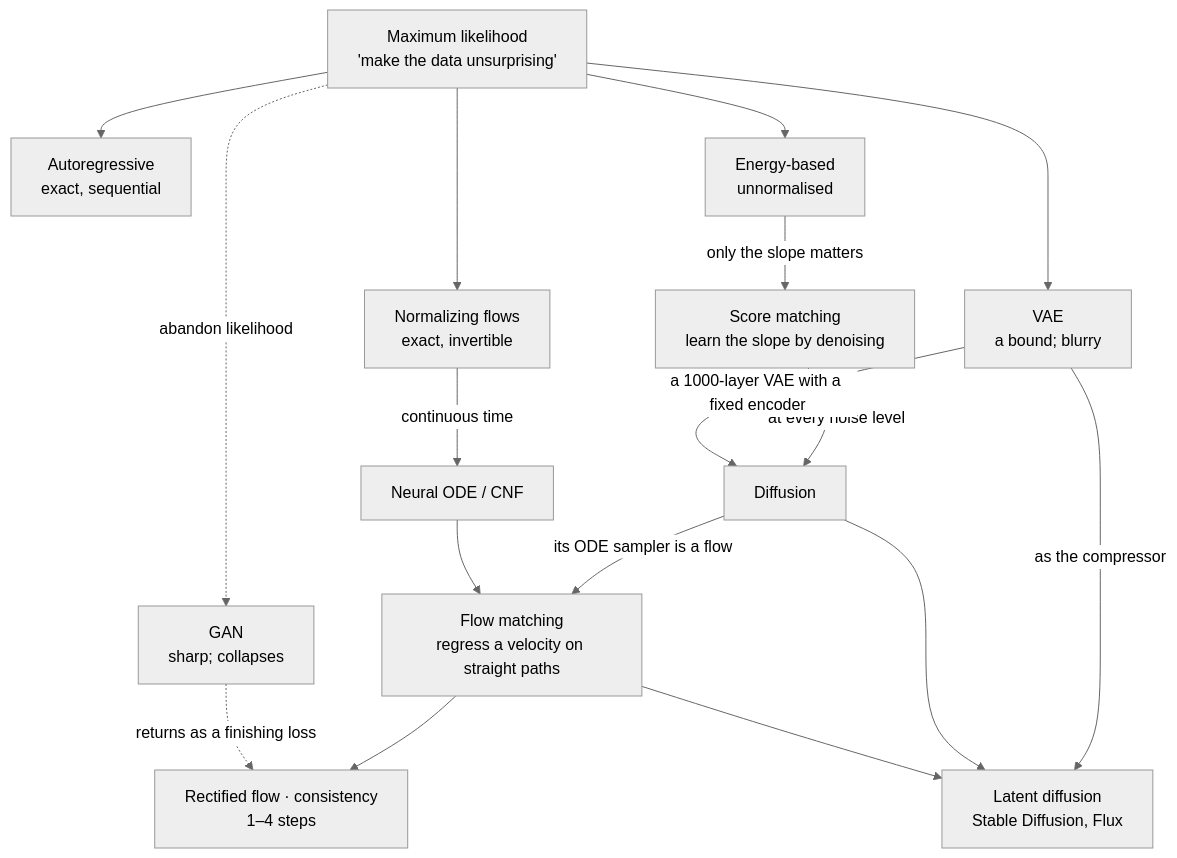
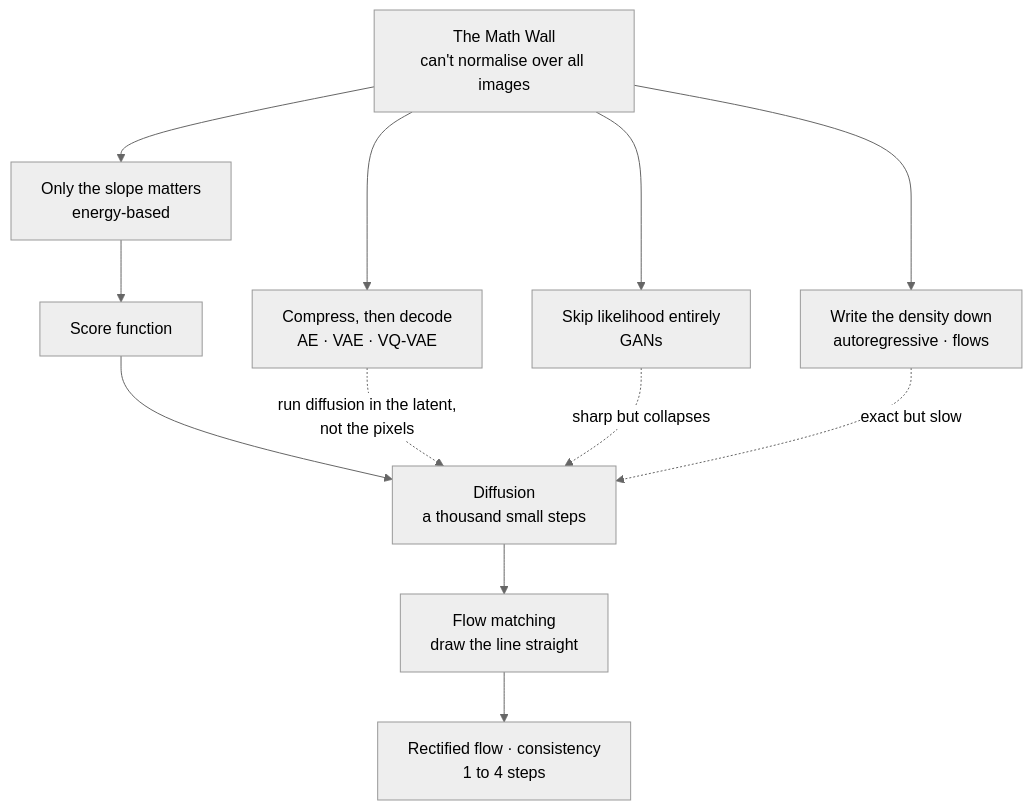
The diagram in math -> machine/Generative Models.md (skrisshnaswamy/mnemosyne), drawn with Mermaid (neutral theme) before and after one commit. The commit also changed other lines of this file and 189 other files, not shown here.

````diff
--- a/math -> machine/Generative Models.md
+++ b/math -> machine/Generative Models.md
@@ -172,18 +248,15 @@
 ```mermaid
 flowchart TD
-  ML["Maximum likelihood<br/>'make the data unsurprising'"] --> AR["Autoregressive<br/>exact, sequential"]
-  ML --> NF["Normalizing flows<br/>exact, invertible"]
-  ML --> VAE["VAE<br/>a bound; blurry"]
-  ML --> EBM["Energy-based<br/>unnormalised"]
-  ML -.->|"abandon likelihood"| GAN["GAN<br/>sharp; collapses"]
-  EBM -->|"only the slope matters"| SC["Score matching<br/>learn the slope by denoising"]
-  SC -->|"at every noise level"| DIFF["Diffusion"]
-  VAE -->|"a 1000-layer VAE with a fixed encoder"| DIFF
-  DIFF -->|"its ODE sampler is a flow"| FM["Flow matching<br/>regress a velocity on straight paths"]
-  NF -->|"continuous time"| NODE["Neural ODE / CNF"] --> FM
-  FM --> RF["Rectified flow · consistency<br/>1–4 steps"]
-  VAE -->|"as the compressor"| LDM["Latent diffusion<br/>Stable Diffusion, Flux"]
-  DIFF --> LDM
-  FM --> LDM
-  GAN -.->|"returns as a finishing loss"| RF
+  W["The Math Wall<br/>can't normalise over all images"]
+  W --> D1["Write the density down<br/>autoregressive · flows"]
+  W --> D2["Compress, then decode<br/>AE · VAE · VQ-VAE"]
+  W --> D3["Skip likelihood entirely<br/>GANs"]
+  W --> D4["Only the slope matters<br/>energy-based"]
+  D4 --> S["Score function"]
+  S --> DIFF["Diffusion<br/>a thousand small steps"]
+  DIFF --> FM["Flow matching<br/>draw the line straight"]
+  FM --> CM["Rectified flow · consistency<br/>1 to 4 steps"]
+  D2 -.->|"run diffusion in the latent,<br/>not the pixels"| DIFF
+  D3 -.->|"sharp but collapses"| DIFF
+  D1 -.->|"exact but slow"| DIFF
 ```
````
